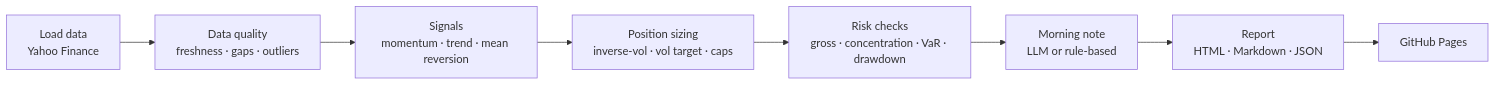
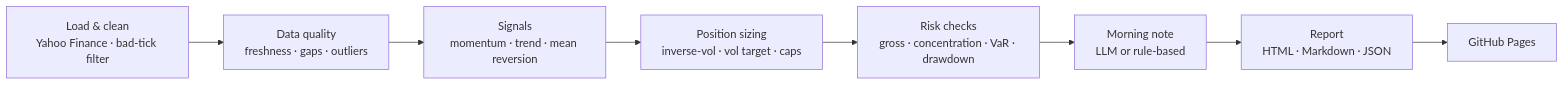
The diagram in README.md (santiago0132004/ai-trading-desk-assistant), drawn with Mermaid before and after one commit. The commit also changed other lines of this file and 8 other files, not shown here.

````diff
--- a/README.md
+++ b/README.md
@@ -24,10 +26,10 @@
 ```mermaid
 flowchart LR
-    A[Load data<br/>Yahoo Finance] --> B[Data quality<br/>freshness · gaps · outliers]
+    A[Load & clean<br/>Yahoo Finance · bad-tick filter] --> B[Data quality<br/>freshness · gaps · outliers]
     B --> C[Signals<br/>momentum · trend · mean reversion]
     C --> D[Position sizing<br/>inverse-vol · vol target · caps]
     D --> E[Risk checks<br/>gross · concentration · VaR · drawdown]
     E --> F[Morning note<br/>LLM or rule-based]
     F --> G[Report<br/>HTML · Markdown · JSON]
     G --> H[GitHub Pages]
 ```
````
